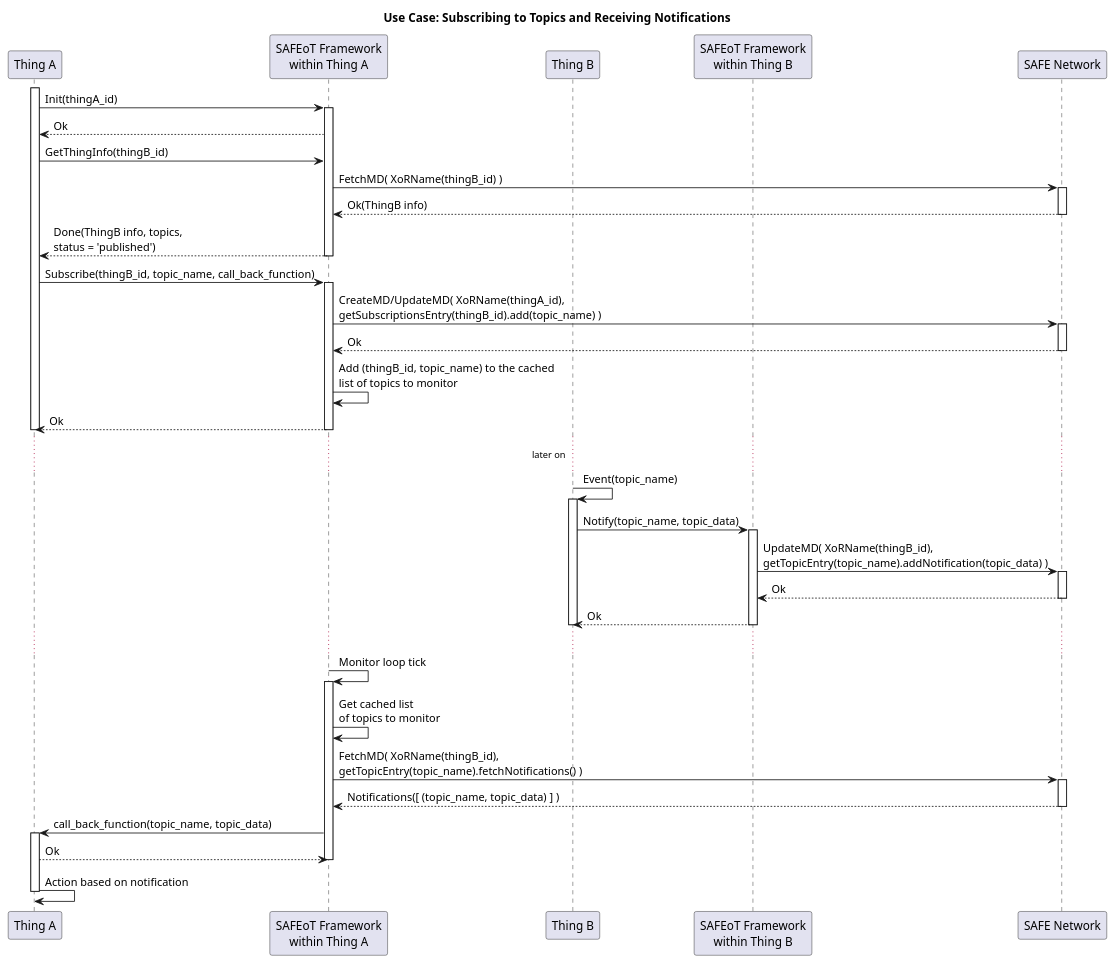
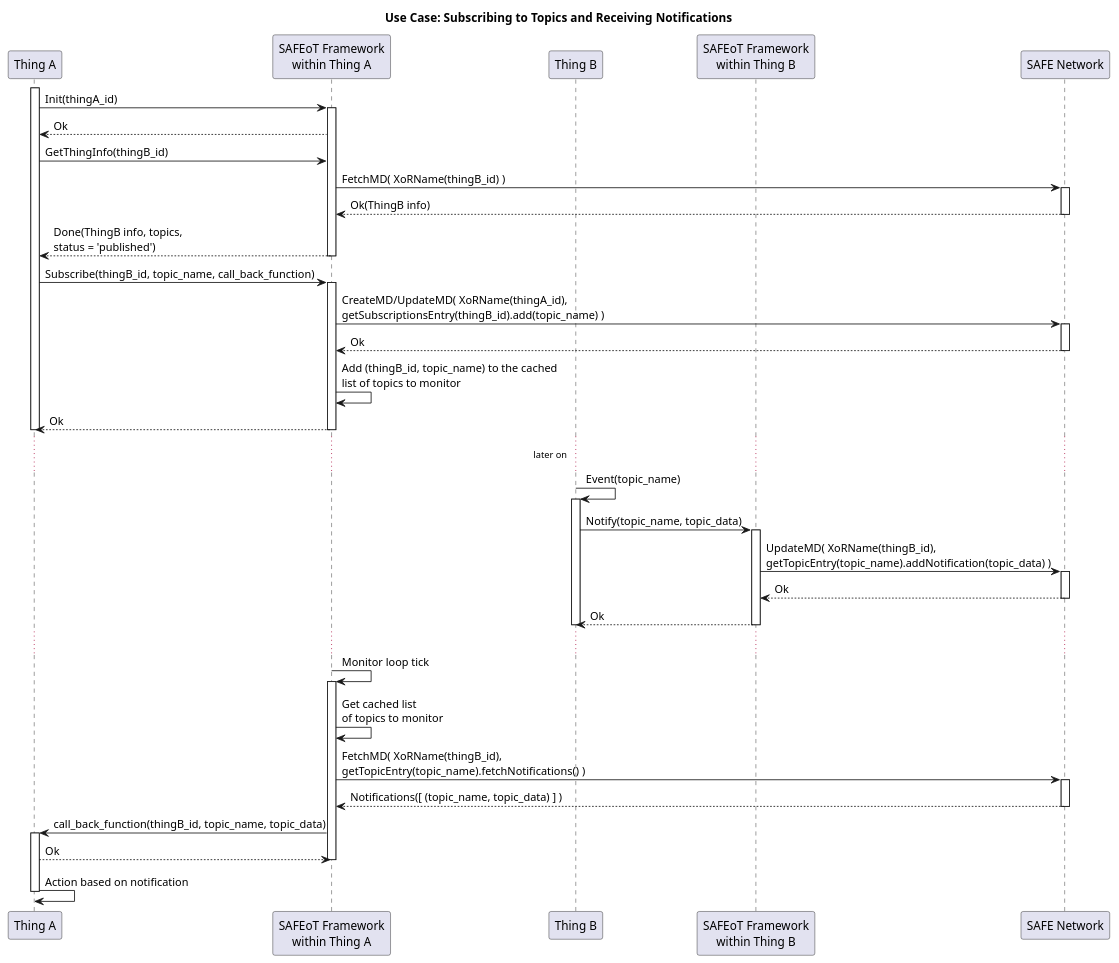
Before and after one commit to bochaco/safe_thing: the diagram in misc/UC_subscriptions_and_notifications.plantuml, drawn with PlantUML. The commit also changed 6 other files, not shown here.

Commit message:
Adding draft implementations for basic flow

```diff
--- a/misc/UC_subscriptions_and_notifications.plantuml
+++ b/misc/UC_subscriptions_and_notifications.plantuml
@@ -1,79 +1,79 @@
 @startuml
 title **Use Case: Subscribing to Topics and Receiving Notifications**
 
 participant "Thing A" as thingA
 participant "SAFEoT Framework\nwithin Thing A" as safeotA
 participant "Thing B" as thingB
 participant "SAFEoT Framework\nwithin Thing B" as safeotB
 participant "SAFE Network" as safenet
 
 activate thingA
 thingA -> safeotA: Init(thingA_id)
 activate safeotA
 thingA <-- safeotA: Ok
 thingA -> safeotA: GetThingInfo(thingB_id)
 
 safeotA -> safenet: FetchMD( XoRName(thingB_id) )
 activate safenet
 
 safeotA <-- safenet: Ok(ThingB info)
 deactivate safenet
 
 thingA <-- safeotA: Done(ThingB info, topics,\nstatus = 'published')
 deactivate safeotA
 
 thingA -> safeotA: Subscribe(thingB_id, topic_name, call_back_function)
 activate safeotA
 
 safeotA -> safenet: CreateMD/UpdateMD( XoRName(thingA_id),\ngetSubscriptionsEntry(thingB_id).add(topic_name) )
 activate safenet
 
 safeotA <-- safenet: Ok
 deactivate safenet
 
 safeotA -> safeotA: Add (thingB_id, topic_name) to the cached\nlist of topics to monitor
 
 thingA <-- safeotA: Ok
 deactivate safeotA
 deactivate thingA
 
 ...later on...
 thingB -> thingB: Event(topic_name)
 activate thingB
 
 thingB -> safeotB: Notify(topic_name, topic_data)
 activate safeotB
 
 safeotB -> safenet: UpdateMD( XoRName(thingB_id),\ngetTopicEntry(topic_name).addNotification(topic_data) )
 activate safenet
 
 safeotB <-- safenet: Ok
 deactivate safenet
 
 thingB <-- safeotB: Ok
 deactivate safeotB
 deactivate thingB
 
 ...
 
 safeotA -> safeotA: Monitor loop tick
 activate safeotA
 
 safeotA -> safeotA: Get cached list\nof topics to monitor
 
 safeotA -> safenet: FetchMD( XoRName(thingB_id),\ngetTopicEntry(topic_name).fetchNotifications() )
 activate safenet
 
 safeotA <-- safenet: Notifications([ (topic_name, topic_data) ] )
 deactivate safenet
 
-thingA <- safeotA: call_back_function(topic_name, topic_data)
+thingA <- safeotA: call_back_function(thingB_id, topic_name, topic_data)
 activate thingA
 
 thingA --> safeotA: Ok
 deactivate safeotA
 
 thingA -> thingA: Action based on notification
 deactivate thingA
 
 @enduml
```
